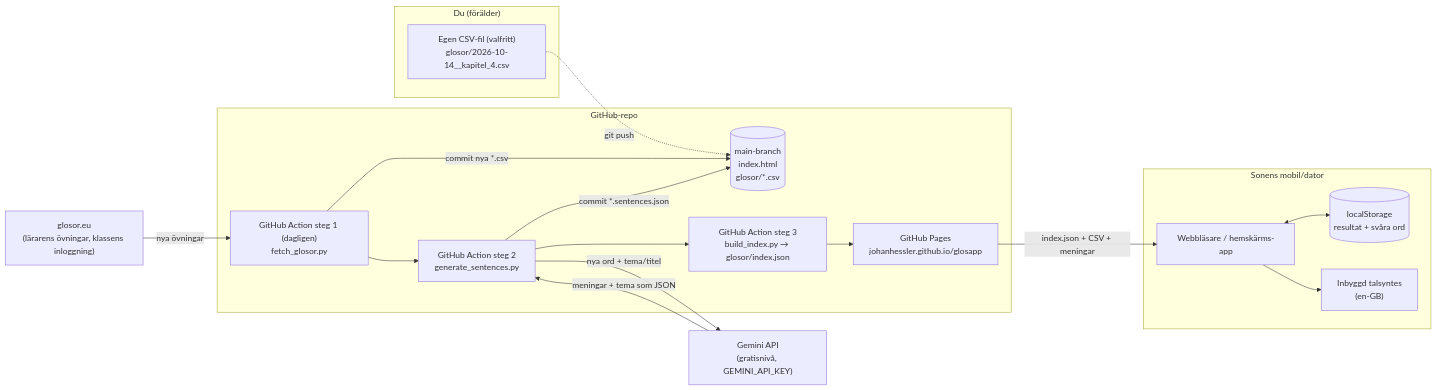
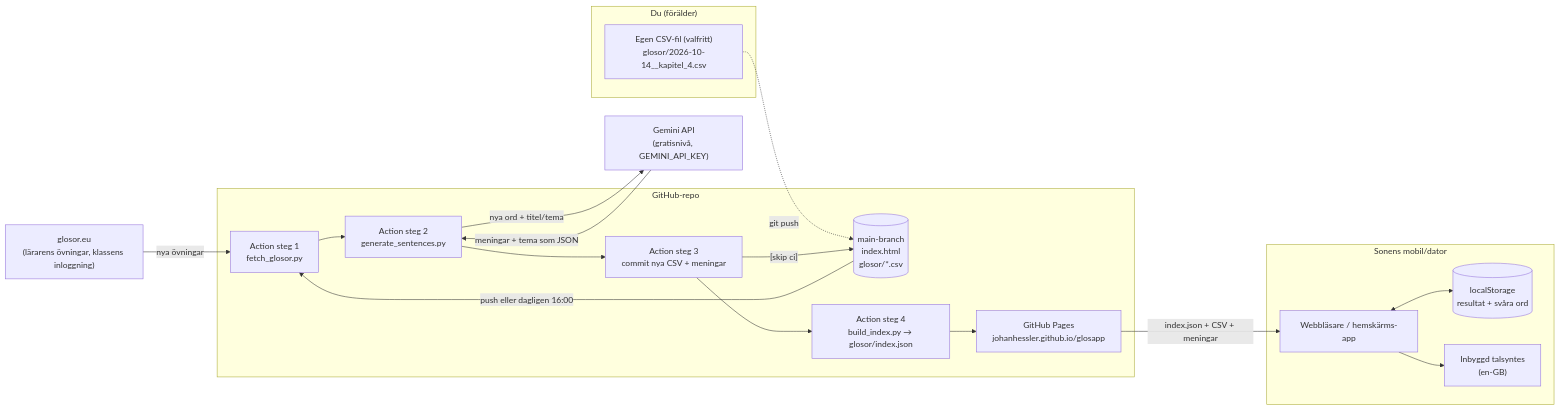
The diagram in README.md (johanhessler/glosapp), drawn with Mermaid before and after one commit. The commit also changed other lines of this file, not shown here.

````diff
--- a/README.md
+++ b/README.md
@@ -9,36 +9,38 @@
 ```mermaid
 flowchart LR
     glosoreu["glosor.eu<br/>(lärarens övningar, klassens inloggning)"]
 
     subgraph du["Du (förälder)"]
         csv["Egen CSV-fil (valfritt)<br/>glosor/2026-10-14__kapitel_4.csv"]
     end
 
     subgraph gh["GitHub-repo"]
         repo[("main-branch<br/>index.html<br/>glosor/*.csv")]
-        fetch["GitHub Action steg 1 (dagligen)<br/>fetch_glosor.py"]
-        gen["GitHub Action steg 2<br/>generate_sentences.py"]
-        action["GitHub Action steg 3<br/>build_index.py → glosor/index.json"]
+        fetch["Action steg 1<br/>fetch_glosor.py"]
+        gen["Action steg 2<br/>generate_sentences.py"]
+        commit["Action steg 3<br/>commit nya CSV + meningar"]
+        action["Action steg 4<br/>build_index.py → glosor/index.json"]
         pages["GitHub Pages<br/>johanhessler.github.io/glosapp"]
     end
 
     gemini["Gemini API<br/>(gratisnivå, GEMINI_API_KEY)"]
 
     subgraph enhet["Sonens mobil/dator"]
         app["Webbläsare / hemskärms-app"]
         ls[("localStorage<br/>resultat + svåra ord")]
         tts["Inbyggd talsyntes<br/>(en-GB)"]
     end
 
     csv -.->|git push| repo
+    repo -->|push eller dagligen 16:00| fetch
     glosoreu -->|nya övningar| fetch
-    fetch -->|commit nya *.csv| repo
     fetch --> gen
-    gen -->|nya ord + tema/titel| gemini
+    gen -->|nya ord + titel/tema| gemini
     gemini -->|meningar + tema som JSON| gen
-    gen -->|commit *.sentences.json| repo
-    gen --> action --> pages
+    gen --> commit
+    commit -->|"[skip ci]"| repo
+    commit --> action --> pages
     pages -->|index.json + CSV + meningar| app
     app <--> ls
     app --> tts
 ```
````
